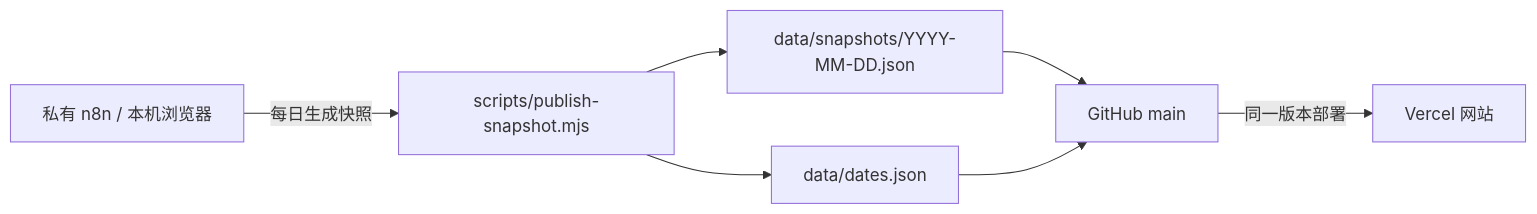
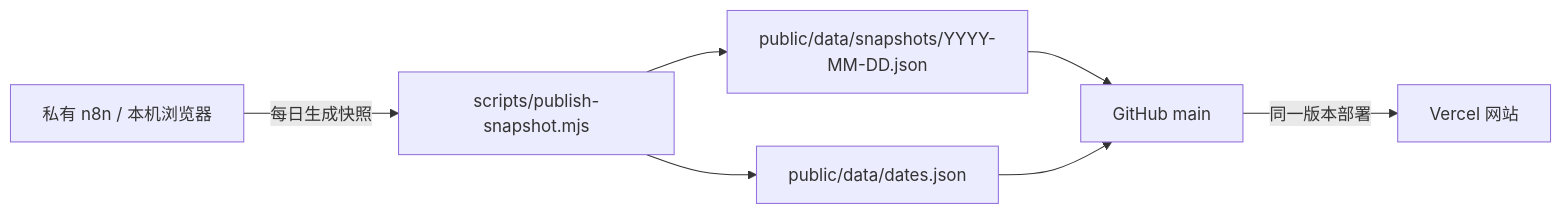
One commit to HeyClioo/ai-tender-radar changed the diagram in README.md. Above: the diagram before and after it, drawn with Mermaid. The commit also changed other lines of this file and 7 other files, not shown here.

Commit message:
fix: ship public data with static site

````diff
--- a/README.md
+++ b/README.md
@@ -21,9 +21,9 @@
 ```mermaid
 flowchart LR
   A[私有 n8n / 本机浏览器] -->|每日生成快照| B[scripts/publish-snapshot.mjs]
-  B --> C[data/snapshots/YYYY-MM-DD.json]
-  B --> D[data/dates.json]
+  B --> C[public/data/snapshots/YYYY-MM-DD.json]
+  B --> D[public/data/dates.json]
   C --> E[GitHub main]
   D --> E
   E -->|同一版本部署| F[Vercel 网站]
 ```
````
